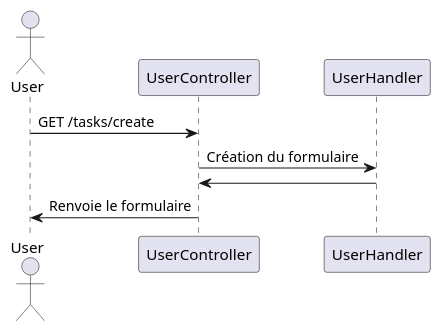
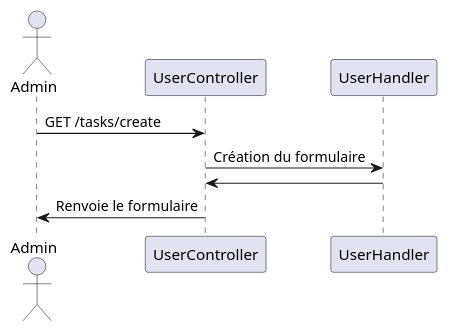
Before and after one commit to Waarrez/P8: the diagram in documentations/diagrammes/séquences/get_users_create.puml, drawn with PlantUML. The commit also changed 7 other files, not shown here.

```diff
--- a/documentations/diagrammes/séquences/get_users_create.puml
+++ b/documentations/diagrammes/séquences/get_users_create.puml
@@ -1,12 +1,12 @@
 @startuml
 
-actor User
+actor Admin
 participant UserController
 participant UserHandler
 
-User -> UserController : GET /tasks/create
+Admin -> UserController : GET /tasks/create
 UserController -> UserHandler : Création du formulaire
 UserHandler -> UserController
-UserController -> User : Renvoie le formulaire
+UserController -> Admin : Renvoie le formulaire
 
 @enduml
```
